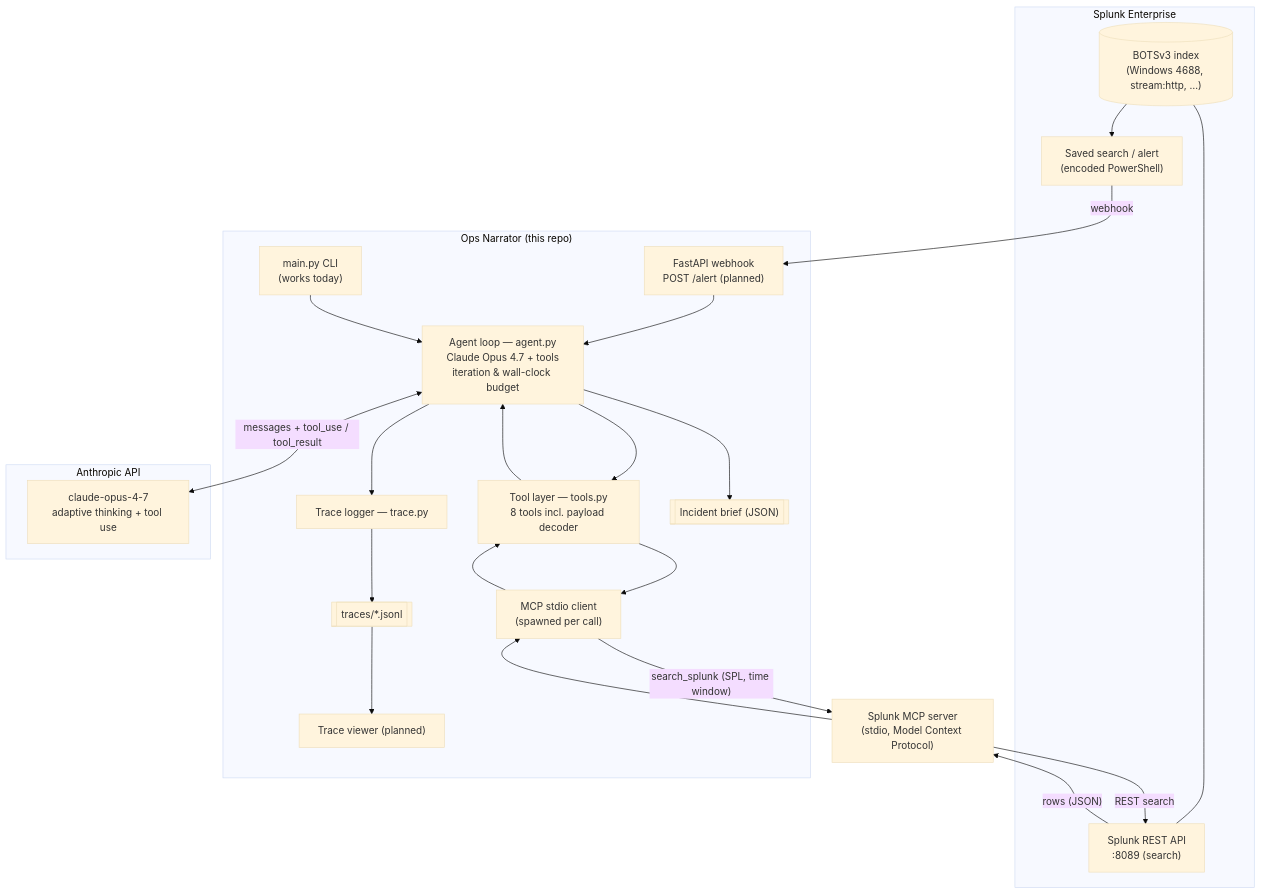
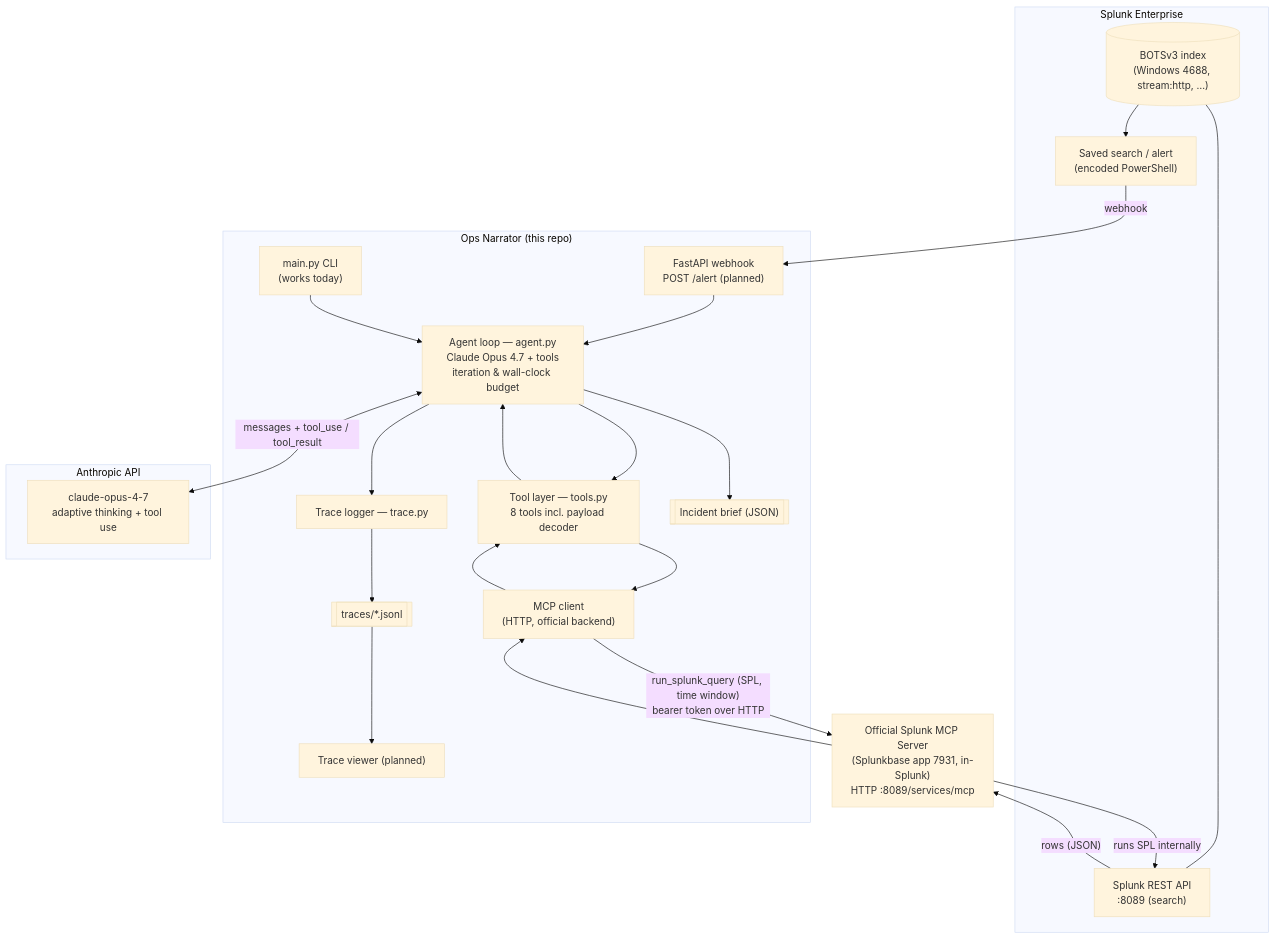
Before and after one commit to arezzio/ops-narrator: the first of 2 diagrams in architecture_diagram.md, drawn with Mermaid (base theme). The commit also changed other lines of this file and 5 other files, not shown here.

````diff
--- a/architecture_diagram.md
+++ b/architecture_diagram.md
@@ -10,40 +10,40 @@
 ```mermaid
 flowchart TD
     subgraph SPL["Splunk Enterprise"]
         IDX[("BOTSv3 index<br/>(Windows 4688, stream:http, …)")]
         SS["Saved search / alert<br/>(encoded PowerShell)"]
         REST["Splunk REST API<br/>:8089 (search)"]
         IDX --> SS
         IDX --- REST
     end
 
     subgraph APP["Ops Narrator (this repo)"]
         WH["FastAPI webhook<br/>POST /alert  (planned)"]
         CLI["main.py CLI<br/>(works today)"]
         LOOP["Agent loop — agent.py<br/>Claude Opus 4.7 + tools<br/>iteration & wall-clock budget"]
         TOOLS["Tool layer — tools.py<br/>8 tools incl. payload decoder"]
-        MCPC["MCP stdio client<br/>(spawned per call)"]
+        MCPC["MCP client<br/>(HTTP, official backend)"]
         TRACE["Trace logger — trace.py"]
         BRIEF[["Incident brief (JSON)"]]
         TJ[["traces/*.jsonl"]]
         VIEW["Trace viewer (planned)"]
     end
 
     subgraph AI["Anthropic API"]
         CLAUDE["claude-opus-4-7<br/>adaptive thinking + tool use"]
     end
 
-    MCP["Splunk MCP server<br/>(stdio, Model Context Protocol)"]
+    MCP["Official Splunk MCP Server<br/>(Splunkbase app 7931, in-Splunk)<br/>HTTP :8089/services/mcp"]
 
     SS -- webhook --> WH
     WH --> LOOP
     CLI --> LOOP
     LOOP <-- "messages + tool_use / tool_result" --> CLAUDE
     LOOP --> TOOLS
     TOOLS --> MCPC
-    MCPC -- "search_splunk (SPL, time window)" --> MCP
-    MCP -- "REST search" --> REST
+    MCPC -- "run_splunk_query (SPL, time window)<br/>bearer token over HTTP" --> MCP
+    MCP -- "runs SPL internally" --> REST
     REST -- "rows (JSON)" --> MCP --> MCPC --> TOOLS --> LOOP
     LOOP --> BRIEF
     LOOP --> TRACE --> TJ --> VIEW
 ```
````
